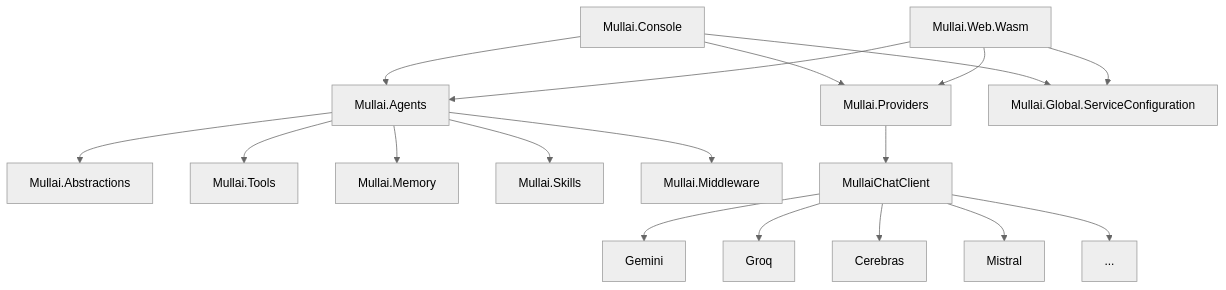
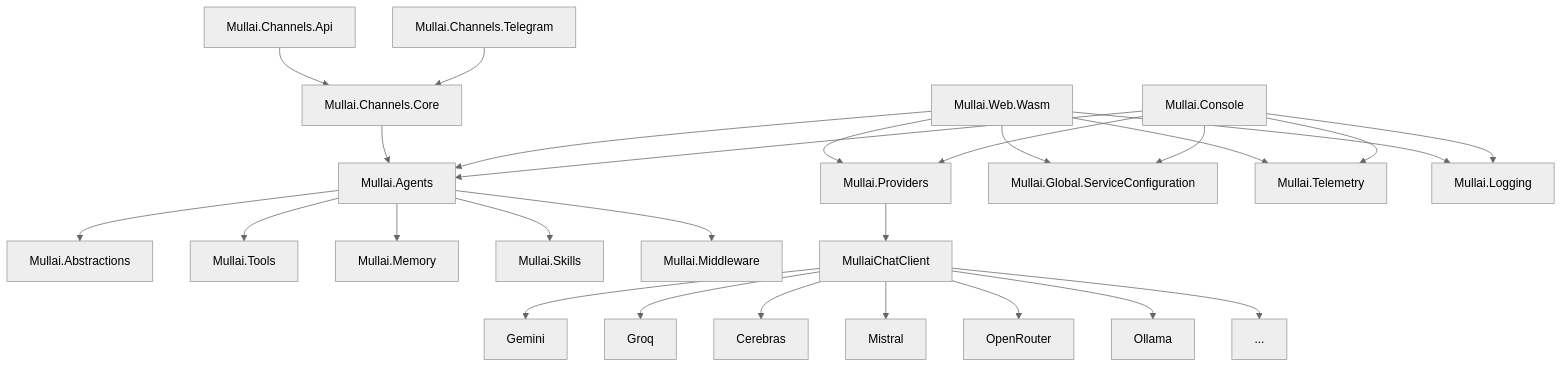
One commit to agentmatters/mullai-bot changed the diagram in README.md. Above: the diagram before and after it, drawn with Mermaid (neutral theme). The commit also changed other lines of this file and 2 other files, not shown here.

Commit message:
docs(readme): [by Mullai] Corrected 'framework' to 'advanced AI assistant' and updated descriptions to reflect Mullai's role as an AI assistant.

````diff
--- a/README.md
+++ b/README.md
@@ -41,23 +44,33 @@
 ```mermaid
 graph TD;
     Agents[Mullai.Agents] --> Abstractions[Mullai.Abstractions];
     Agents --> Tools[Mullai.Tools];
     Agents --> Memory[Mullai.Memory];
     Agents --> Skills[Mullai.Skills];
     Agents --> Middleware[Mullai.Middleware];
     
     Host[Mullai.Console] --> Agents;
     Host --> Providers[Mullai.Providers];
     Host --> Config[Mullai.Global.ServiceConfiguration];
-    
+    Host --> Telemetry[Mullai.Telemetry];
+    Host --> Logging[Mullai.Logging];
+
     Web[Mullai.Web.Wasm] --> Agents;
     Web --> Providers;
     Web --> Config;
+    Web --> Telemetry;
+    Web --> Logging;
 
     Providers --> MullaiChatClient[MullaiChatClient];
     MullaiChatClient --> Gemini[Gemini];
     MullaiChatClient --> Groq[Groq];
     MullaiChatClient --> Cerebras[Cerebras];
     MullaiChatClient --> Mistral[Mistral];
+    MullaiChatClient --> OpenRouter[OpenRouter];
+    MullaiChatClient --> Ollama[Ollama];
     MullaiChatClient --> More[...];
+
+    ChannelsCore[Mullai.Channels.Core] --> Agents;
+    ChannelsTelegram[Mullai.Channels.Telegram] --> ChannelsCore;
+    ChannelsApi[Mullai.Channels.Api] --> ChannelsCore;
 ```
````
